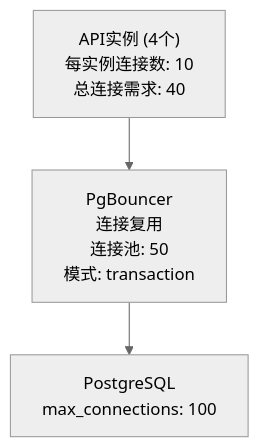
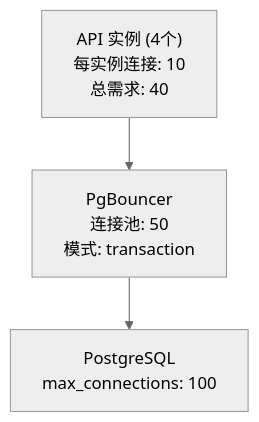
Before and after one commit to readmigo/docs: the fourth of 6 diagrams in 05-operations/monitoring/100k-dau-performance-plan.md, drawn with Mermaid (neutral theme). The commit also changed other lines of this file and 27 other files, not shown here.

First line of the commit message:
audit: remove code snippets, update to 2-env architecture across operations and pipeline docs

````diff
--- a/05-operations/monitoring/100k-dau-performance-plan.md
+++ b/05-operations/monitoring/100k-dau-performance-plan.md
@@ -190,5 +86,5 @@
 ```mermaid
 graph TD
-    A["API实例 (4个)<br>每实例连接数: 10<br>总连接需求: 40"] --> B["PgBouncer<br>连接复用<br>连接池: 50<br>模式: transaction"]
+    A["API 实例 (4个)<br>每实例连接: 10<br>总需求: 40"] --> B["PgBouncer<br>连接池: 50<br>模式: transaction"]
     B --> C["PostgreSQL<br>max_connections: 100"]
 ```
````
